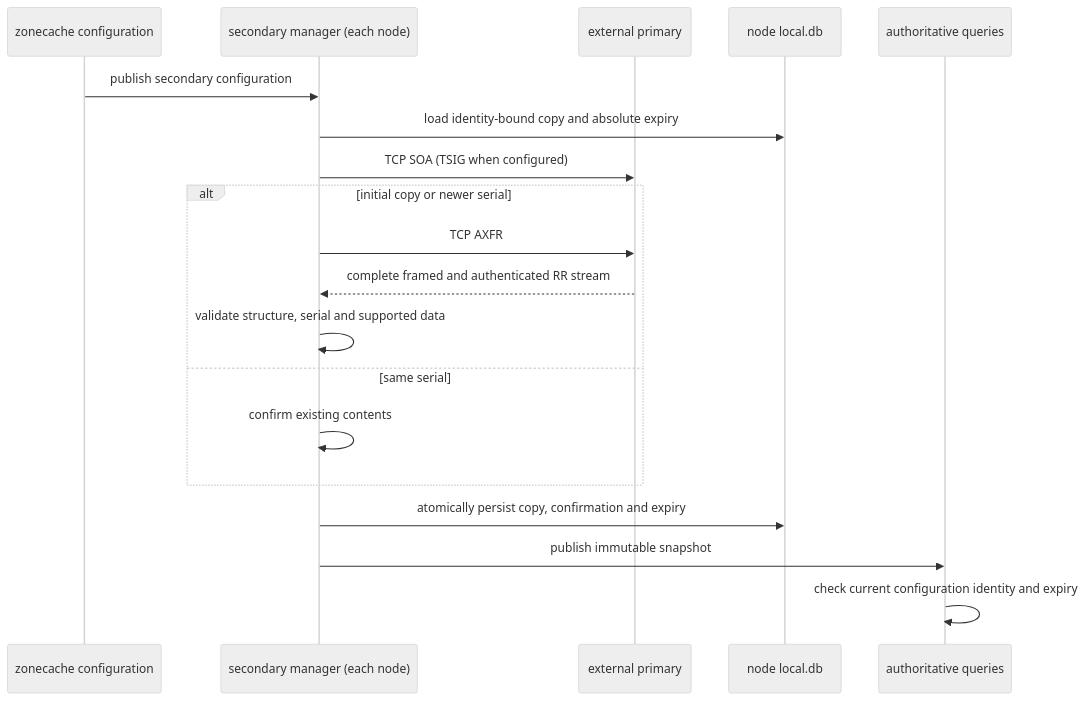
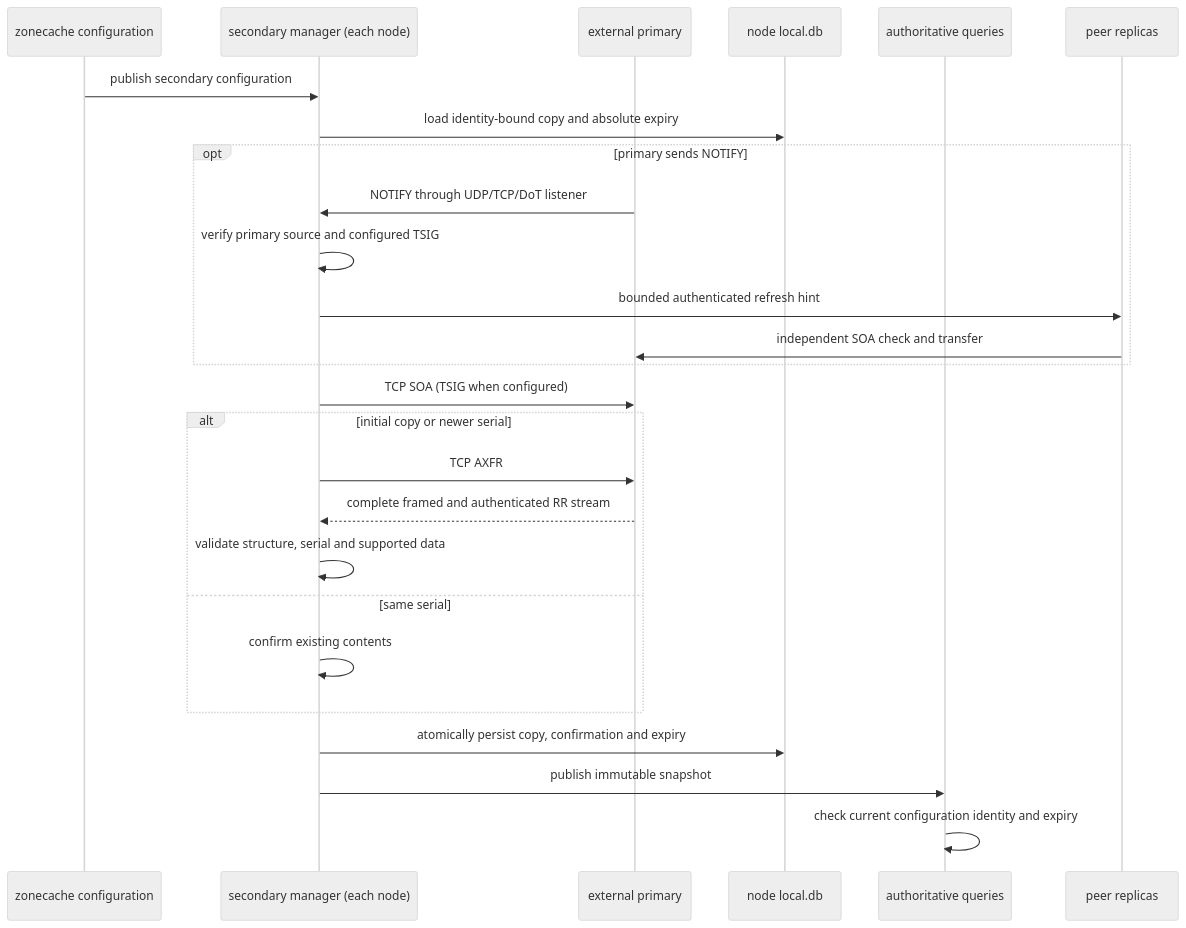
The fourth of 4 diagrams in docs/architecture/zones.md (robertherbaugh/kudurru), drawn with Mermaid (neutral theme) before and after one commit. The commit also changed other lines of this file and 6 other files, not shown here.

Commit message:
test(secondary): verify signed BIND NOTIFY across replicas

````diff
--- a/docs/architecture/zones.md
+++ b/docs/architecture/zones.md
@@ -222,21 +222,28 @@
 ```mermaid
 sequenceDiagram
     participant C as zonecache configuration
     participant R as secondary manager (each node)
     participant P as external primary
     participant D as node local.db
     participant Q as authoritative queries
+    participant N as peer replicas
     C->>R: publish secondary configuration
     R->>D: load identity-bound copy and absolute expiry
+    opt primary sends NOTIFY
+        P->>R: NOTIFY through UDP/TCP/DoT listener
+        R->>R: verify primary source and configured TSIG
+        R->>N: bounded authenticated refresh hint
+        N->>P: independent SOA check and transfer
+    end
     R->>P: TCP SOA (TSIG when configured)
     alt initial copy or newer serial
         R->>P: TCP AXFR
         P-->>R: complete framed and authenticated RR stream
         R->>R: validate structure, serial and supported data
     else same serial
         R->>R: confirm existing contents
     end
     R->>D: atomically persist copy, confirmation and expiry
     R->>Q: publish immutable snapshot
     Q->>Q: check current configuration identity and expiry
 ```
````
